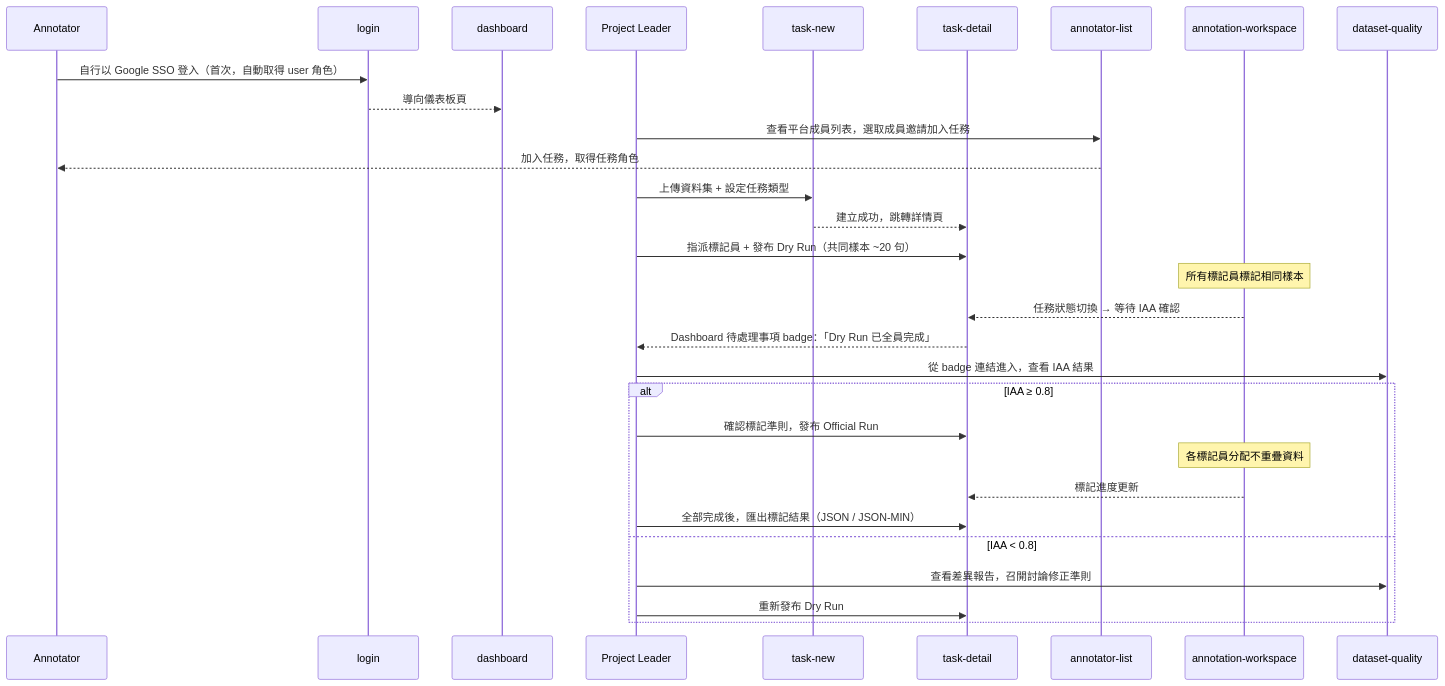
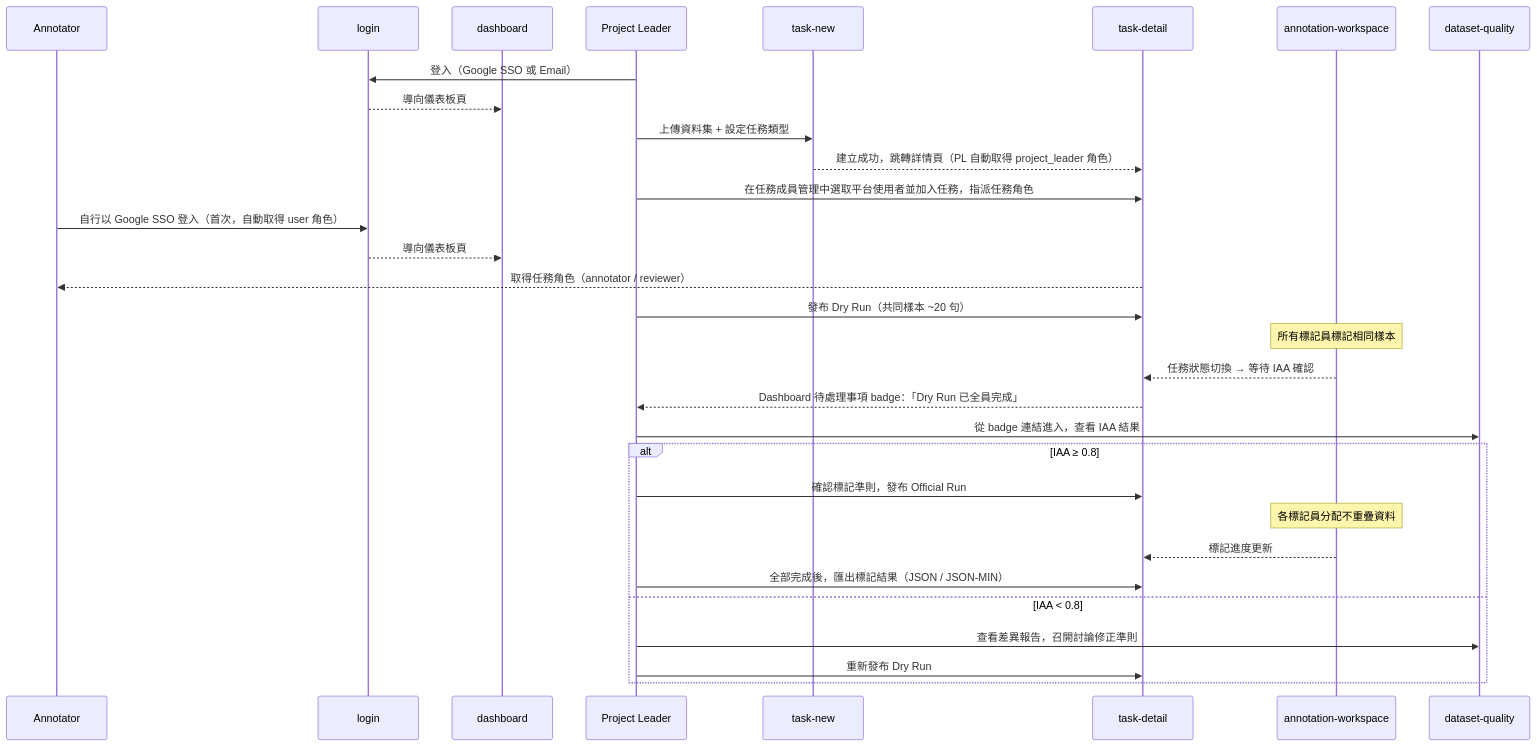
The second of 5 diagrams in docs/product/ia/information-architecture.md (singyichen/label-suite), drawn with Mermaid before and after one commit. The commit also changed other lines of this file and 4 other files, not shown here.

````diff
--- a/docs/product/ia/information-architecture.md
+++ b/docs/product/ia/information-architecture.md
@@ -362,33 +436,34 @@
 ```mermaid
 sequenceDiagram
   participant AN as Annotator
   participant LOGIN as login
   participant DASHBOARD as dashboard
   participant PL as Project Leader
   participant TN as task-new
   participant TD as task-detail
-  participant AL as annotator-list
   participant AW as annotation-workspace
   participant DQ as dataset-quality
 
+  PL->>LOGIN: 登入（Google SSO 或 Email）
+  LOGIN-->>DASHBOARD: 導向儀表板頁
+  PL->>TN: 上傳資料集 + 設定任務類型
+  TN-->>TD: 建立成功，跳轉詳情頁（PL 自動取得 project_leader 角色）
+  PL->>TD: 在任務成員管理中選取平台使用者並加入任務，指派任務角色
   AN->>LOGIN: 自行以 Google SSO 登入（首次，自動取得 user 角色）
   LOGIN-->>DASHBOARD: 導向儀表板頁
-  PL->>AL: 查看平台成員列表，選取成員邀請加入任務
-  AL-->>AN: 加入任務，取得任務角色
-  PL->>TN: 上傳資料集 + 設定任務類型
-  TN-->>TD: 建立成功，跳轉詳情頁
-  PL->>TD: 指派標記員 + 發布 Dry Run（共同樣本 ~20 句）
+  TD-->>AN: 取得任務角色（annotator / reviewer）
+  PL->>TD: 發布 Dry Run（共同樣本 ~20 句）
   Note over AW: 所有標記員標記相同樣本
   AW-->>TD: 任務狀態切換 → 等待 IAA 確認
   TD-->>PL: Dashboard 待處理事項 badge：「Dry Run 已全員完成」
   PL->>DQ: 從 badge 連結進入，查看 IAA 結果
   alt IAA ≥ 0.8
     PL->>TD: 確認標記準則，發布 Official Run
     Note over AW: 各標記員分配不重疊資料
     AW-->>TD: 標記進度更新
     PL->>TD: 全部完成後，匯出標記結果（JSON / JSON-MIN）
   else IAA < 0.8
     PL->>DQ: 查看差異報告，召開討論修正準則
     PL->>TD: 重新發布 Dry Run
   end
 ```
````
